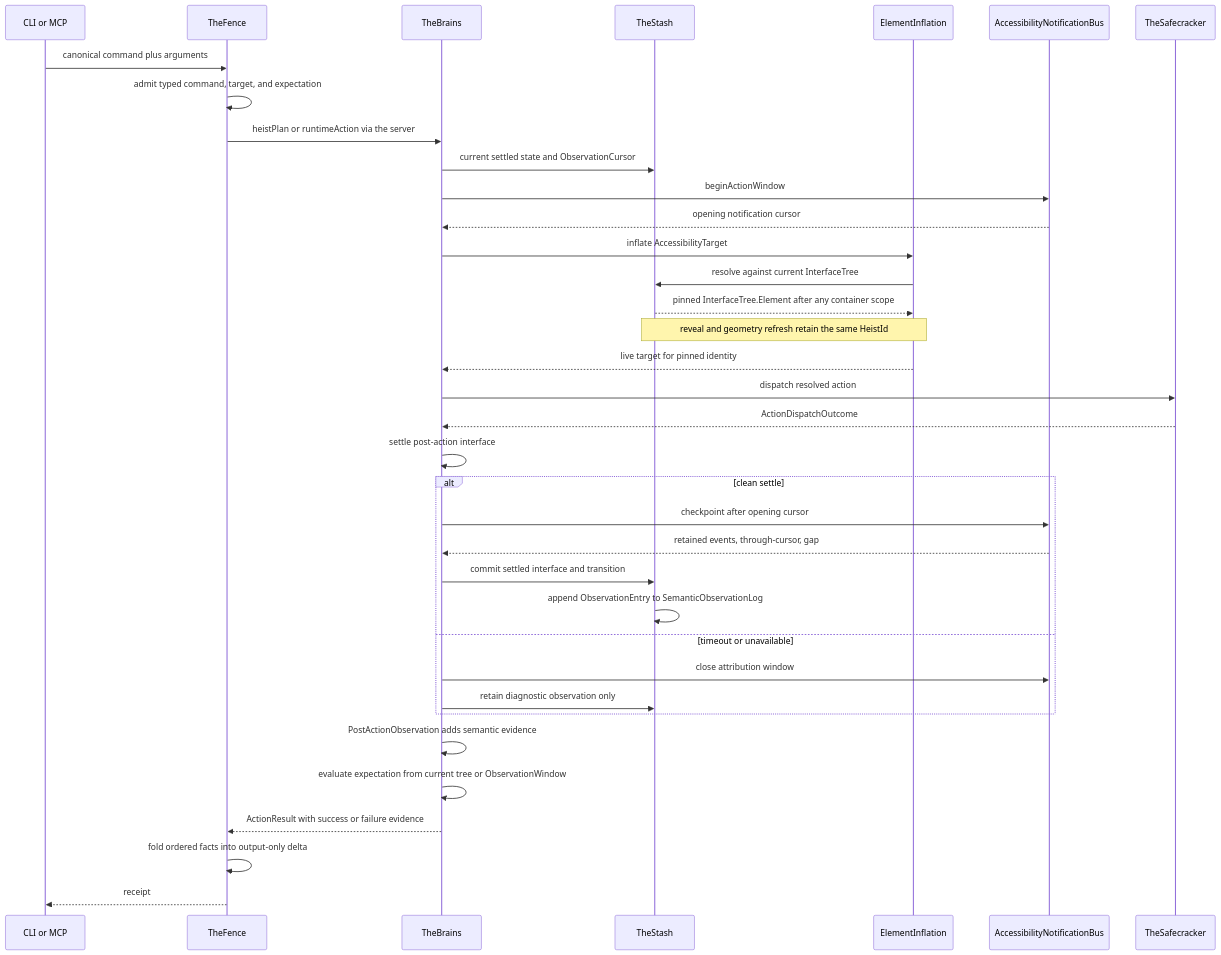
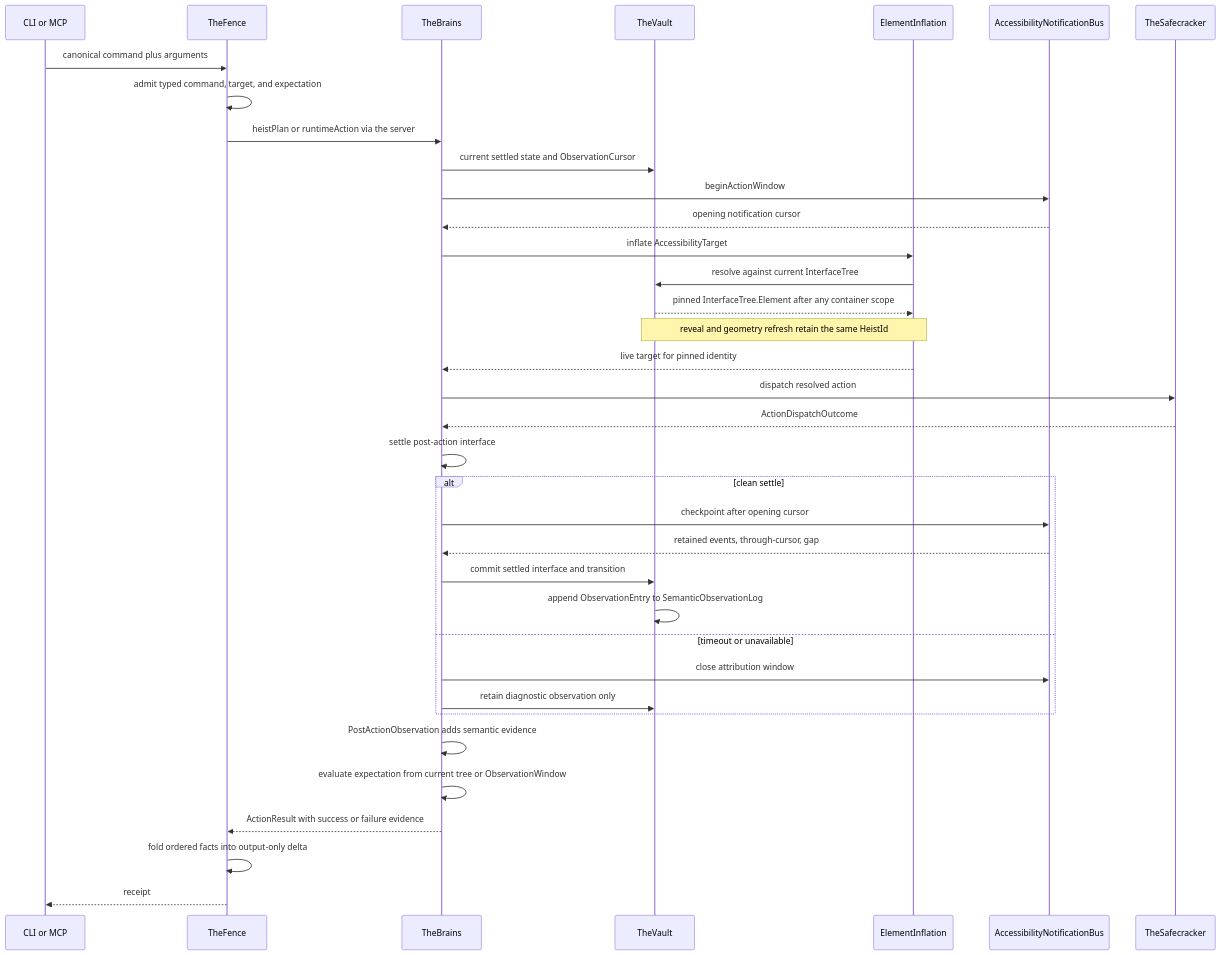
Before and after one commit to RoyalPineapple/TheButtonHeist: the diagram in docs/diagrams/action-pipeline.md, drawn with Mermaid. The commit also changed other lines of this file and 272 other files, not shown here.

First line of the commit message:
Consolidate runtime ownership and observation flow (#1357)

````diff
--- a/docs/diagrams/action-pipeline.md
+++ b/docs/diagrams/action-pipeline.md
@@ -10,43 +10,43 @@
 ```mermaid
 sequenceDiagram
     participant Client as CLI or MCP
     participant Fence as TheFence
     participant Brains as TheBrains
-    participant Stash as TheStash
+    participant Vault as TheVault
     participant Inflation as ElementInflation
     participant Notifications as AccessibilityNotificationBus
     participant Safecracker as TheSafecracker
 
     Client->>Fence: canonical command plus arguments
     Fence->>Fence: admit typed command, target, and expectation
     Fence->>Brains: heistPlan or runtimeAction via the server
-    Brains->>Stash: current settled state and ObservationCursor
+    Brains->>Vault: current settled state and ObservationCursor
     Brains->>Notifications: beginActionWindow
     Notifications-->>Brains: opening notification cursor
 
     Brains->>Inflation: inflate AccessibilityTarget
-    Inflation->>Stash: resolve against current InterfaceTree
-    Stash-->>Inflation: pinned InterfaceTree.Element after any container scope
-    Note over Inflation,Stash: reveal and geometry refresh retain the same HeistId
+    Inflation->>Vault: resolve against current InterfaceTree
+    Vault-->>Inflation: pinned InterfaceTree.Element after any container scope
+    Note over Inflation,Vault: reveal and geometry refresh retain the same HeistId
     Inflation-->>Brains: live target for pinned identity
 
     Brains->>Safecracker: dispatch resolved action
     Safecracker-->>Brains: ActionDispatchOutcome
     Brains->>Brains: settle post-action interface
 
     alt clean settle
         Brains->>Notifications: checkpoint after opening cursor
         Notifications-->>Brains: retained events, through-cursor, gap
-        Brains->>Stash: commit settled interface and transition
-        Stash->>Stash: append ObservationEntry to SemanticObservationLog
+        Brains->>Vault: commit settled interface and transition
+        Vault->>Vault: append ObservationEntry to SemanticObservationLog
     else timeout or unavailable
         Brains->>Notifications: close attribution window
-        Brains->>Stash: retain diagnostic observation only
+        Brains->>Vault: retain diagnostic observation only
     end
 
     Brains->>Brains: PostActionObservation adds semantic evidence
     Brains->>Brains: evaluate expectation from current tree or ObservationWindow
     Brains-->>Fence: ActionResult with success or failure evidence
     Fence->>Fence: fold ordered facts into output-only delta
     Fence-->>Client: receipt
 ```
````
